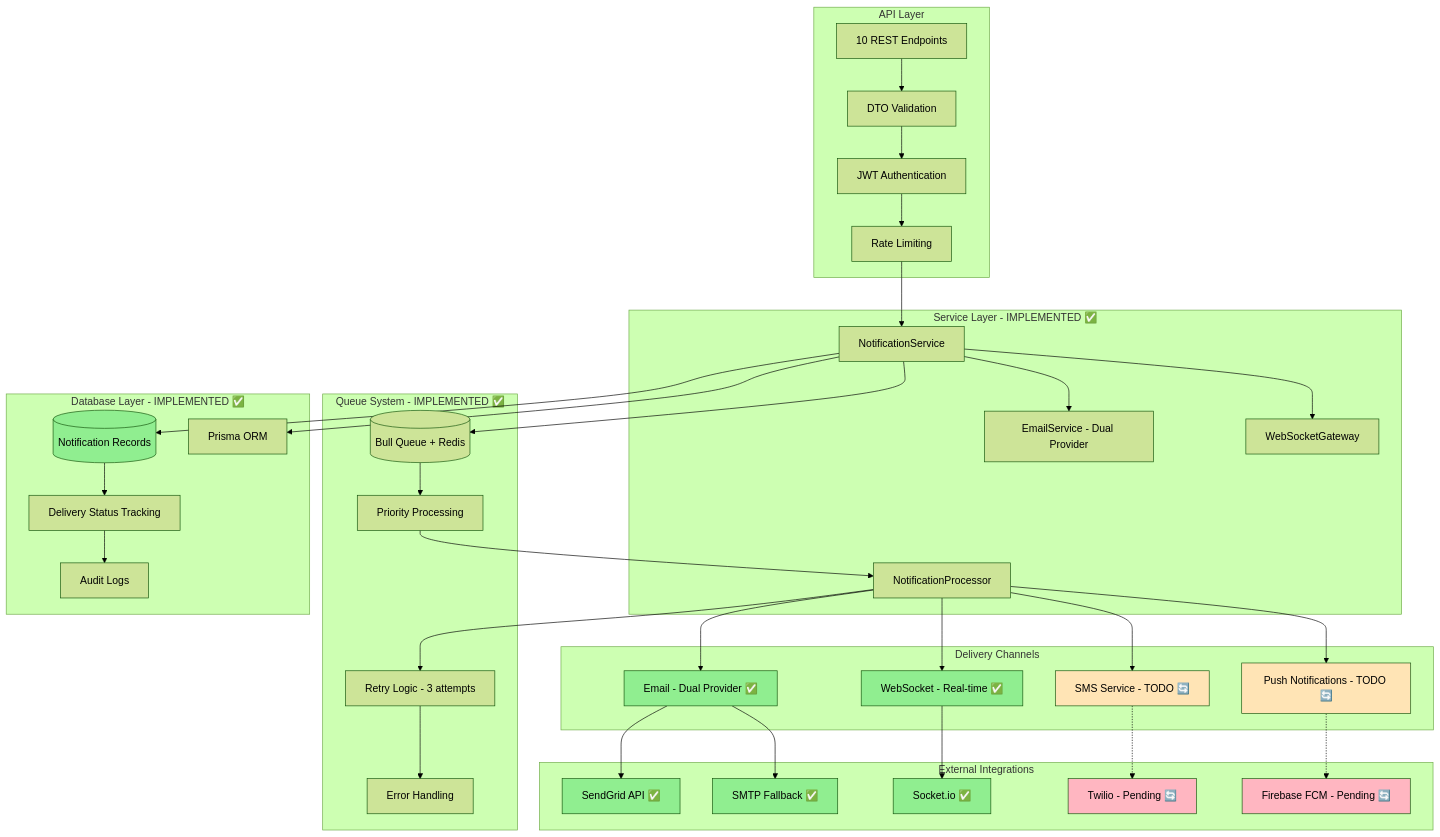
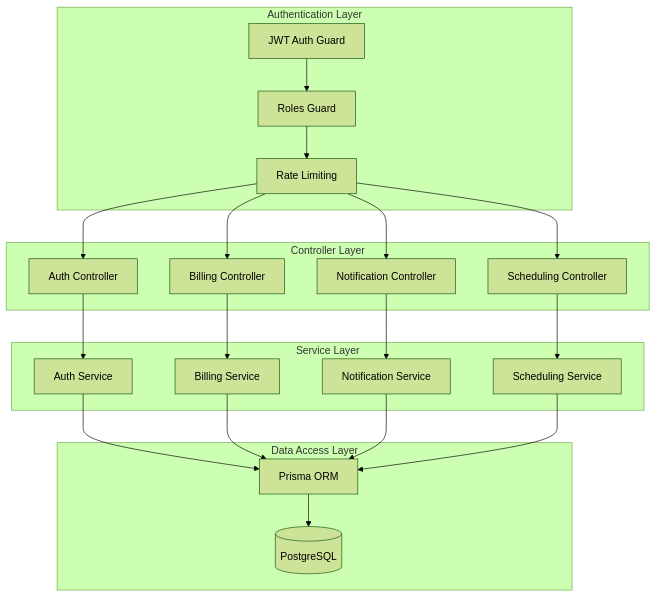
One commit to abdoElHodaky/sasscolmng changed the ninth of 14 diagrams in docs/ARCHITECTURE.md. Above: the diagram before and after it, drawn with Mermaid (forest theme). The commit also changed other lines of this file and 18 other files, not shown here.

````diff
--- a/docs/ARCHITECTURE.md
+++ b/docs/ARCHITECTURE.md
@@ -473,86 +461,46 @@
 ```mermaid
 graph TB
-    subgraph "API Layer"
-        REST_ENDPOINTS[10 REST Endpoints]
-        DTO_VALIDATION[DTO Validation]
-        JWT_AUTH[JWT Authentication]
-        RATE_LIMITING[Rate Limiting]
+    subgraph "Authentication Layer"
+        JWT_GUARD[JWT Auth Guard]
+        ROLES_GUARD[Roles Guard]
+        RATE_LIMIT[Rate Limiting]
     end
-    
-    subgraph "Service Layer - IMPLEMENTED ✅"
-        NOTIFICATION_SERVICE[NotificationService]
-        EMAIL_SERVICE[EmailService - Dual Provider]
-        WEBSOCKET_GATEWAY[WebSocketGateway]
-        NOTIFICATION_PROCESSOR[NotificationProcessor]
+
+    subgraph "Controller Layer"
+        AUTH_CTRL[Auth Controller]
+        BILLING_CTRL[Billing Controller]
+        NOTIF_CTRL[Notification Controller]
+        SCHEDULE_CTRL[Scheduling Controller]
     end
-    
-    subgraph "Queue System - IMPLEMENTED ✅"
-        BULL_QUEUE[(Bull Queue + Redis)]
-        PRIORITY_PROCESSING[Priority Processing]
-        RETRY_LOGIC[Retry Logic - 3 attempts]
-        ERROR_HANDLING[Error Handling]
+
+    subgraph "Service Layer"
+        AUTH_SVC[Auth Service]
+        BILLING_SVC[Billing Service]
+        NOTIF_SVC[Notification Service]
+        SCHEDULE_SVC[Scheduling Service]
     end
-    
-    subgraph "Delivery Channels"
-        EMAIL_DUAL[Email - Dual Provider ✅]
-        WEBSOCKET_REALTIME[WebSocket - Real-time ✅]
-        SMS_SERVICE[SMS Service - TODO 🔄]
-        PUSH_SERVICE[Push Notifications - TODO 🔄]
+
+    subgraph "Data Access Layer"
+        PRISMA[Prisma ORM]
+        POSTGRES[(PostgreSQL)]
     end
-    
-    subgraph "External Integrations"
-        SENDGRID[SendGrid API ✅]
-        SMTP_SERVER[SMTP Fallback ✅]
-        SOCKET_IO[Socket.io ✅]
-        TWILIO[Twilio - Pending 🔄]
-        FCM[Firebase FCM - Pending 🔄]
-    end
-    
-    subgraph "Database Layer - IMPLEMENTED ✅"
-        NOTIFICATION_RECORDS[(Notification Records)]
-        DELIVERY_STATUS[Delivery Status Tracking]
-        AUDIT_LOGS[Audit Logs]
-        PRISMA_ORM[Prisma ORM]
-    end
-    
-    REST_ENDPOINTS --> DTO_VALIDATION
-    DTO_VALIDATION --> JWT_AUTH
-    JWT_AUTH --> RATE_LIMITING
-    RATE_LIMITING --> NOTIFICATION_SERVICE
-    
-    NOTIFICATION_SERVICE --> EMAIL_SERVICE
-    NOTIFICATION_SERVICE --> WEBSOCKET_GATEWAY
-    NOTIFICATION_SERVICE --> BULL_QUEUE
-    NOTIFICATION_SERVICE --> PRISMA_ORM
-    
-    BULL_QUEUE --> PRIORITY_PROCESSING
-    PRIORITY_PROCESSING --> NOTIFICATION_PROCESSOR
-    NOTIFICATION_PROCESSOR --> RETRY_LOGIC
-    RETRY_LOGIC --> ERROR_HANDLING
-    
-    NOTIFICATION_PROCESSOR --> EMAIL_DUAL
-    NOTIFICATION_PROCESSOR --> WEBSOCKET_REALTIME
-    NOTIFICATION_PROCESSOR --> SMS_SERVICE
-    NOTIFICATION_PROCESSOR --> PUSH_SERVICE
-    
-    EMAIL_DUAL --> SENDGRID
-    EMAIL_DUAL --> SMTP_SERVER
-    WEBSOCKET_REALTIME --> SOCKET_IO
-    SMS_SERVICE -.-> TWILIO
-    PUSH_SERVICE -.-> FCM
-    
-    NOTIFICATION_SERVICE --> NOTIFICATION_RECORDS
-    NOTIFICATION_RECORDS --> DELIVERY_STATUS
-    DELIVERY_STATUS --> AUDIT_LOGS
-    
-    style EMAIL_DUAL fill:#90EE90
-    style WEBSOCKET_REALTIME fill:#90EE90
-    style SENDGRID fill:#90EE90
-    style SMTP_SERVER fill:#90EE90
-    style SOCKET_IO fill:#90EE90
-    style NOTIFICATION_RECORDS fill:#90EE90
-    style SMS_SERVICE fill:#FFE4B5
-    style PUSH_SERVICE fill:#FFE4B5
-    style TWILIO fill:#FFB6C1
-    style FCM fill:#FFB6C1
+
+    JWT_GUARD --> ROLES_GUARD
+    ROLES_GUARD --> RATE_LIMIT
+    RATE_LIMIT --> AUTH_CTRL
+    RATE_LIMIT --> BILLING_CTRL
+    RATE_LIMIT --> NOTIF_CTRL
+    RATE_LIMIT --> SCHEDULE_CTRL
+
+    AUTH_CTRL --> AUTH_SVC
+    BILLING_CTRL --> BILLING_SVC
+    NOTIF_CTRL --> NOTIF_SVC
+    SCHEDULE_CTRL --> SCHEDULE_SVC
+
+    AUTH_SVC --> PRISMA
+    BILLING_SVC --> PRISMA
+    NOTIF_SVC --> PRISMA
+    SCHEDULE_SVC --> PRISMA
+
+    PRISMA --> POSTGRES
 ```
````
